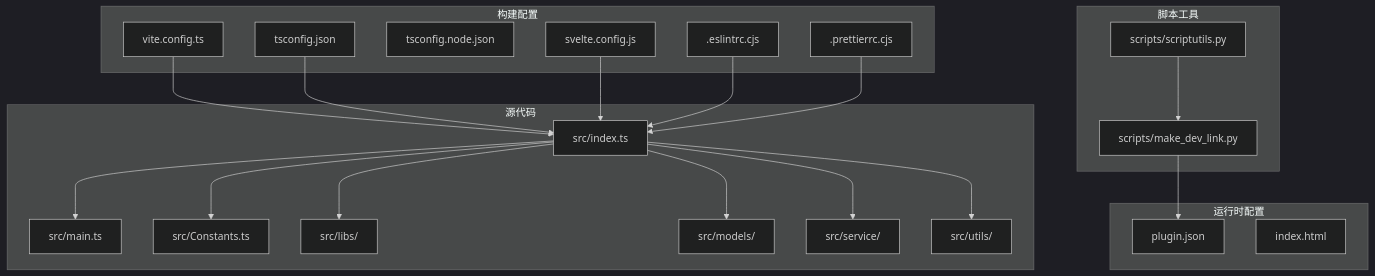
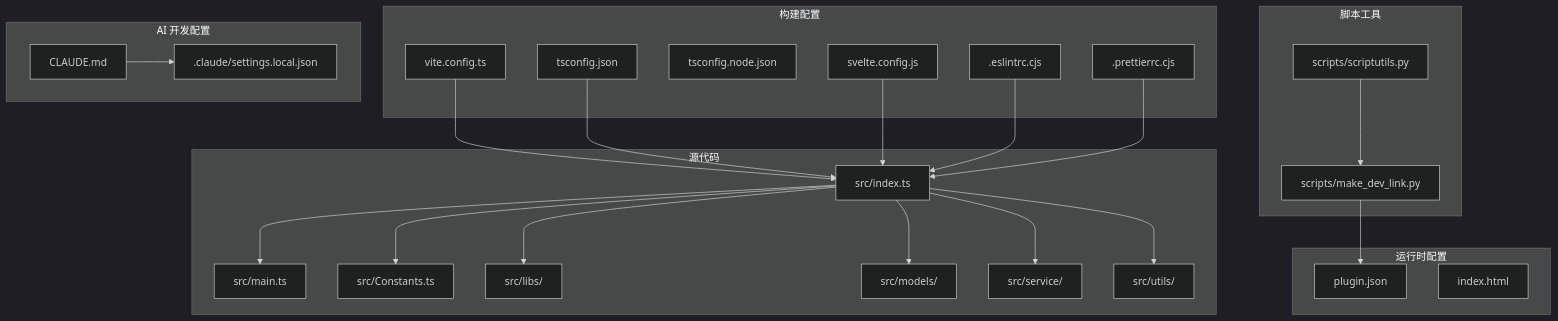
One commit to terwerinc/siyuan-plugin-share-pro changed the first of 4 diagrams in .qoder/repowiki/zh/content/开发指南/开发环境搭建.md. Above: the diagram before and after it, drawn with Mermaid (dark theme). The commit also changed other lines of this file and 6 other files, not shown here.

````diff
--- a/.qoder/repowiki/zh/content/开发指南/开发环境搭建.md
+++ b/.qoder/repowiki/zh/content/开发指南/开发环境搭建.md
@@ -39,41 +47,46 @@
 ```mermaid
 graph TB
 subgraph "源代码"
 SRC_INDEX["src/index.ts"]
 SRC_MAIN["src/main.ts"]
 SRC_CONST["src/Constants.ts"]
 SRC_LIBS["src/libs/"]
 SRC_MODELS["src/models/"]
 SRC_SERVICE["src/service/"]
 SRC_UTILS["src/utils/"]
 end
 subgraph "构建配置"
 VITE_CFG["vite.config.ts"]
 TS_CFG["tsconfig.json"]
 TS_NODE["tsconfig.node.json"]
 SVELTE_CFG["svelte.config.js"]
 ESLINT[".eslintrc.cjs"]
 PRETTIER[".prettierrc.cjs"]
 end
 subgraph "运行时配置"
 PLUGIN_JSON["plugin.json"]
 INDEX_HTML["index.html"]
 end
 subgraph "脚本工具"
 MAKE_LINK["scripts/make_dev_link.py"]
 SCRIPTUTILS["scripts/scriptutils.py"]
 end
+subgraph "AI 开发配置"
+CLAUDERULES["CLAUDE.md"]
+CLAUDSETTINGS[".claude/settings.local.json"]
+end
 SRC_INDEX --> SRC_MAIN
 SRC_INDEX --> SRC_CONST
 SRC_INDEX --> SRC_LIBS
 SRC_INDEX --> SRC_MODELS
 SRC_INDEX --> SRC_SERVICE
 SRC_INDEX --> SRC_UTILS
 VITE_CFG --> SRC_INDEX
 TS_CFG --> SRC_INDEX
 SVELTE_CFG --> SRC_INDEX
 ESLINT --> SRC_INDEX
 PRETTIER --> SRC_INDEX
 MAKE_LINK --> PLUGIN_JSON
 SCRIPTUTILS --> MAKE_LINK
+CLAUDERULES --> CLAUDSETTINGS
 ```
````
